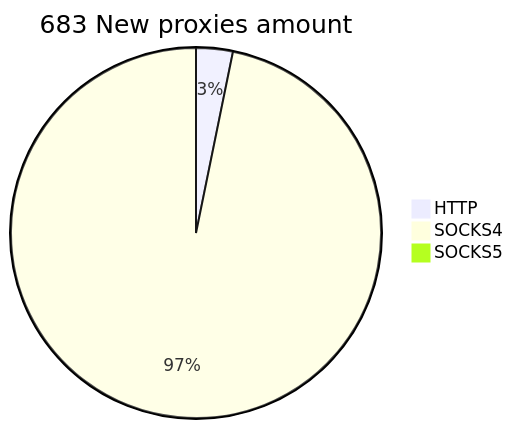
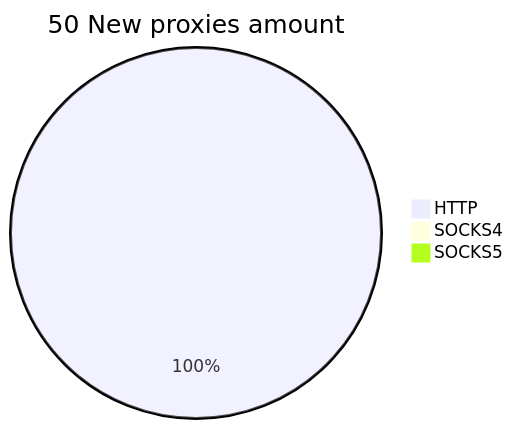
The second of 2 diagrams in README.md (cutipu/proxylist), drawn with Mermaid before and after one commit. The commit also changed other lines of this file, not shown here.

````diff
--- a/README.md
+++ b/README.md
@@ -10,6 +10,6 @@
 ```mermaid
-pie title 683 New proxies amount
-    "HTTP" : 22
-    "SOCKS4" : 665
+pie title 50 New proxies amount
+    "HTTP" : 55
+    "SOCKS4" : 0
     "SOCKS5" : 0
 ```
````
